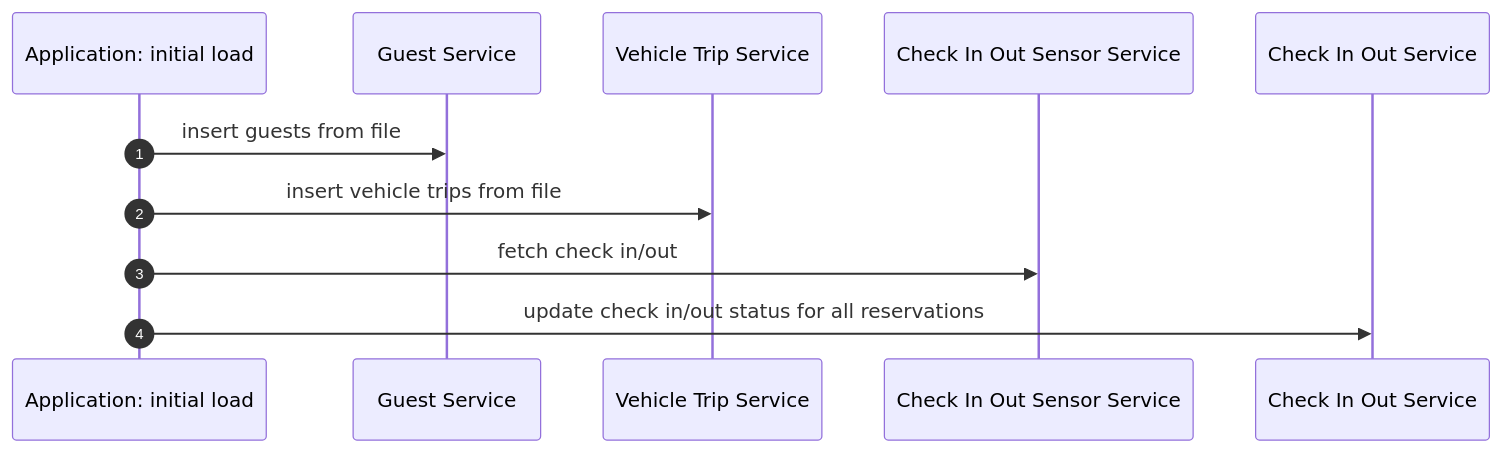
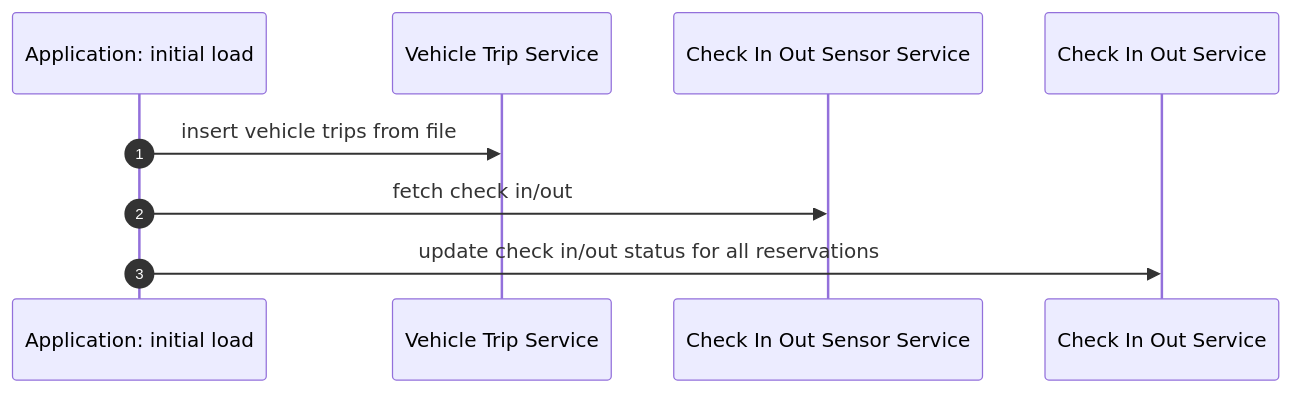
The first of 6 diagrams in docs/solution_architecture.md (ismarslomic/cabin-visits-kotlin), drawn with Mermaid before and after one commit. The commit also changed other lines of this file and 25 other files, not shown here.

````diff
--- a/docs/solution_architecture.md
+++ b/docs/solution_architecture.md
@@ -7,14 +7,12 @@
 ```mermaid
 sequenceDiagram
     autonumber
     participant InitialLoad as Application: initial load
-    participant GuestService as Guest Service
     participant VehicleTripService as Vehicle Trip Service
     participant CheckInOutSensorService as Check In Out Sensor Service
     participant CheckInOutService as Check In Out Service
 
-    InitialLoad->>GuestService: insert guests from file
     InitialLoad->>VehicleTripService: insert vehicle trips from file
     InitialLoad->>CheckInOutSensorService: fetch check in/out
     InitialLoad->>CheckInOutService: update check in/out status for all reservations
 ```
````
